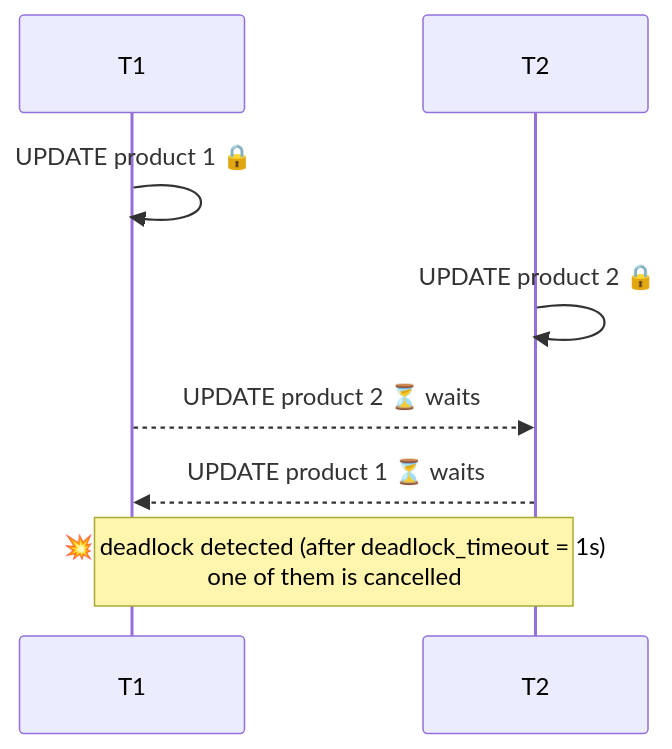
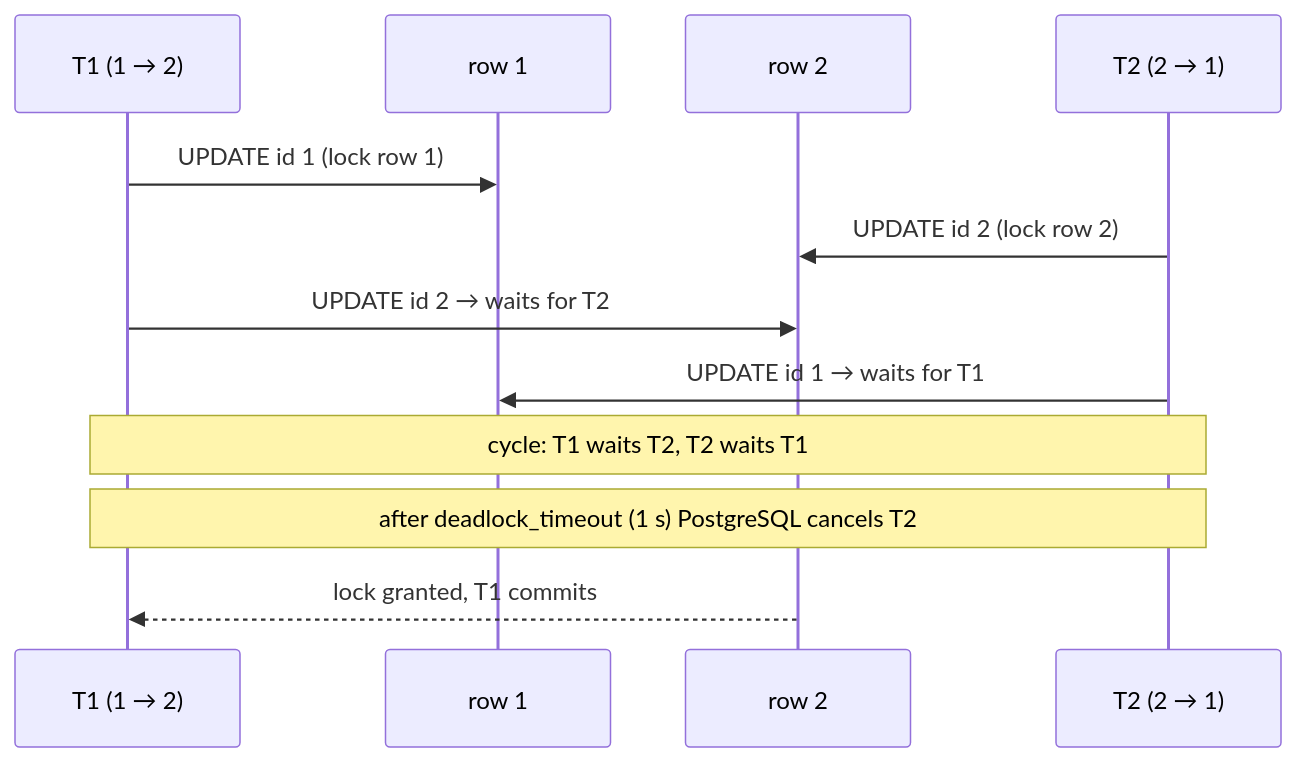
The first of 2 diagrams in Doc/06-transactions-mvcc/04-locks-deadlocks.md (wesamkhateeb98-creator/postgresql-zero-to-hero), drawn with Mermaid before and after one commit. The commit also changed other lines of this file and 29 other files, not shown here.

````diff
--- a/Doc/06-transactions-mvcc/04-locks-deadlocks.md
+++ b/Doc/06-transactions-mvcc/04-locks-deadlocks.md
@@ -5,10 +34,14 @@
 ```mermaid
 sequenceDiagram
-    participant T1
-    participant T2
-    T1->>T1: UPDATE product 1 🔒
-    T2->>T2: UPDATE product 2 🔒
-    T1-->>T2: UPDATE product 2 ⏳ waits
-    T2-->>T1: UPDATE product 1 ⏳ waits
-    Note over T1,T2: 💥 deadlock detected (after deadlock_timeout = 1s)<br/>one of them is cancelled
+    participant T1 as T1 (1 → 2)
+    participant R1 as row 1
+    participant R2 as row 2
+    participant T2 as T2 (2 → 1)
+    T1->>R1: UPDATE id 1 (lock row 1)
+    T2->>R2: UPDATE id 2 (lock row 2)
+    T1->>R2: UPDATE id 2 → waits for T2
+    T2->>R1: UPDATE id 1 → waits for T1
+    Note over T1,T2: cycle: T1 waits T2, T2 waits T1
+    Note over T1,T2: after deadlock_timeout (1 s) PostgreSQL cancels T2
+    R2-->>T1: lock granted, T1 commits
 ```
````
